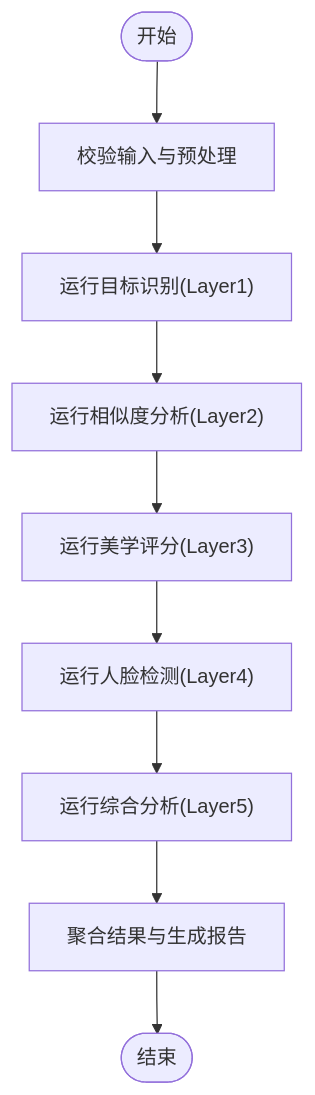
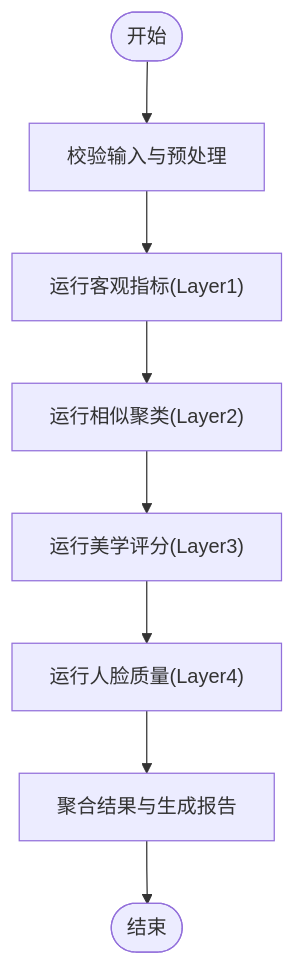
One commit to Frankynwa/photo-rank changed the third of 4 diagrams in wiki/项目概览.md. Above: the diagram before and after it, drawn with Mermaid. The commit also changed other lines of this file and 7 other files, not shown here.

````diff
--- a/wiki/项目概览.md
+++ b/wiki/项目概览.md
@@ -162,11 +161,10 @@
 ```mermaid
 flowchart TD
 Start(["开始"]) --> Validate["校验输入与预处理"]
-Validate --> RunL1["运行目标识别(Layer1)"]
-RunL1 --> RunL2["运行相似度分析(Layer2)"]
+Validate --> RunL1["运行客观指标(Layer1)"]
+RunL1 --> RunL2["运行相似聚类(Layer2)"]
 RunL2 --> RunL3["运行美学评分(Layer3)"]
-RunL3 --> RunL4["运行人脸检测(Layer4)"]
-RunL4 --> RunL5["运行综合分析(Layer5)"]
-RunL5 --> Aggregate["聚合结果与生成报告"]
+RunL3 --> RunL4["运行人脸质量(Layer4)"]
+RunL4 --> Aggregate["聚合结果与生成报告"]
 Aggregate --> End(["结束"])
 ```
````
